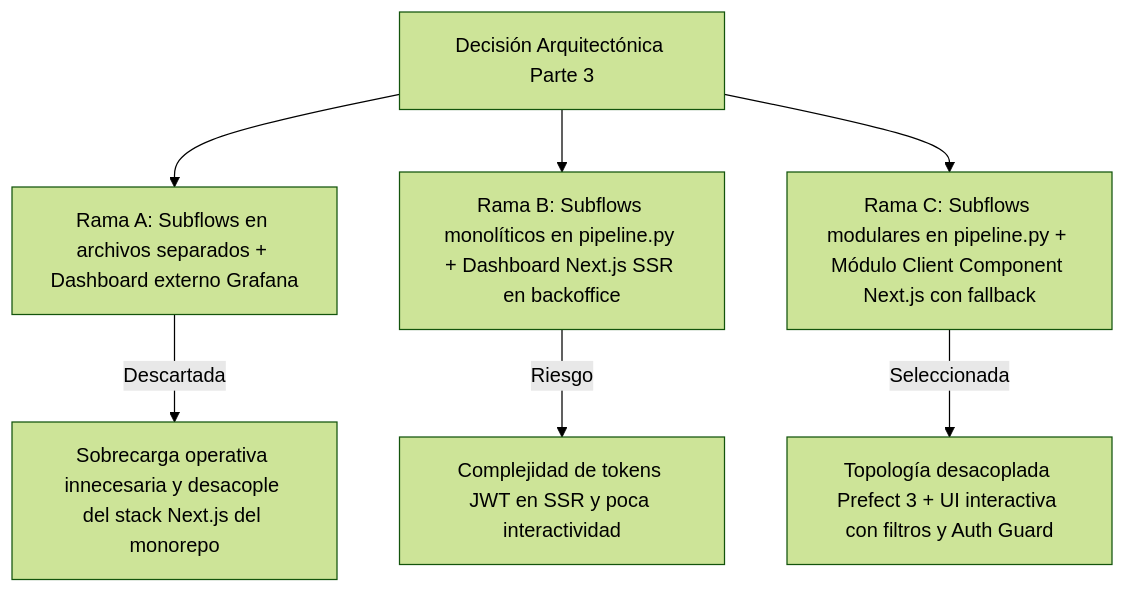
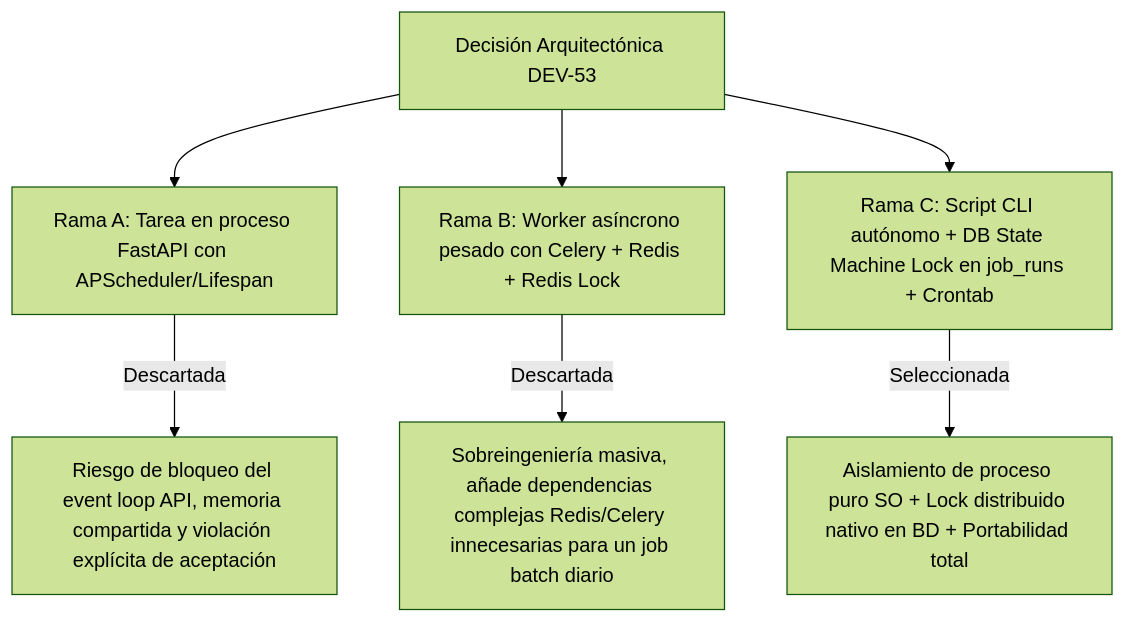
The diagram in .github/implementation-plan.md (4GeeksAcademy/ai-engineering-company-project-monorepo), drawn with Mermaid (forest theme) before and after one commit. The commit also changed other lines of this file and 9 other files, not shown here.

Commit message:
feat(background-jobs): implement nightly export script, state machine and distributed lock (DEV-53)

````diff
--- a/.github/implementation-plan.md
+++ b/.github/implementation-plan.md
@@ -28,10 +29,10 @@
 ```mermaid
 flowchart TD
-    Root[Decisión Arquitectónica Parte 3] --> A[Rama A: Subflows en archivos separados + Dashboard externo Grafana]
-    Root --> B[Rama B: Subflows monolíticos en pipeline.py + Dashboard Next.js SSR en backoffice]
-    Root --> C[Rama C: Subflows modulares en pipeline.py + Módulo Client Component Next.js con fallback]
+    Root[Decisión Arquitectónica DEV-53] --> A[Rama A: Tarea en proceso FastAPI con APScheduler/Lifespan]
+    Root --> B[Rama B: Worker asíncrono pesado con Celery + Redis + Redis Lock]
+    Root --> C[Rama C: Script CLI autónomo + DB State Machine Lock en job_runs + Crontab]
     
-    A -->|Descartada| A1[Sobrecarga operativa innecesaria y desacople del stack Next.js del monorepo]
-    B -->|Riesgo| B1[Complejidad de tokens JWT en SSR y poca interactividad]
-    C -->|Seleccionada| C1[Topología desacoplada Prefect 3 + UI interactiva con filtros y Auth Guard]
+    A -->|Descartada| A1[Riesgo de bloqueo del event loop API, memoria compartida y violación explícita de aceptación]
+    B -->|Descartada| B1[Sobreingeniería masiva, añade dependencias complejas Redis/Celery innecesarias para un job batch diario]
+    C -->|Seleccionada| C1[Aislamiento de proceso puro SO + Lock distribuido nativo en BD + Portabilidad total]
 ```
````
